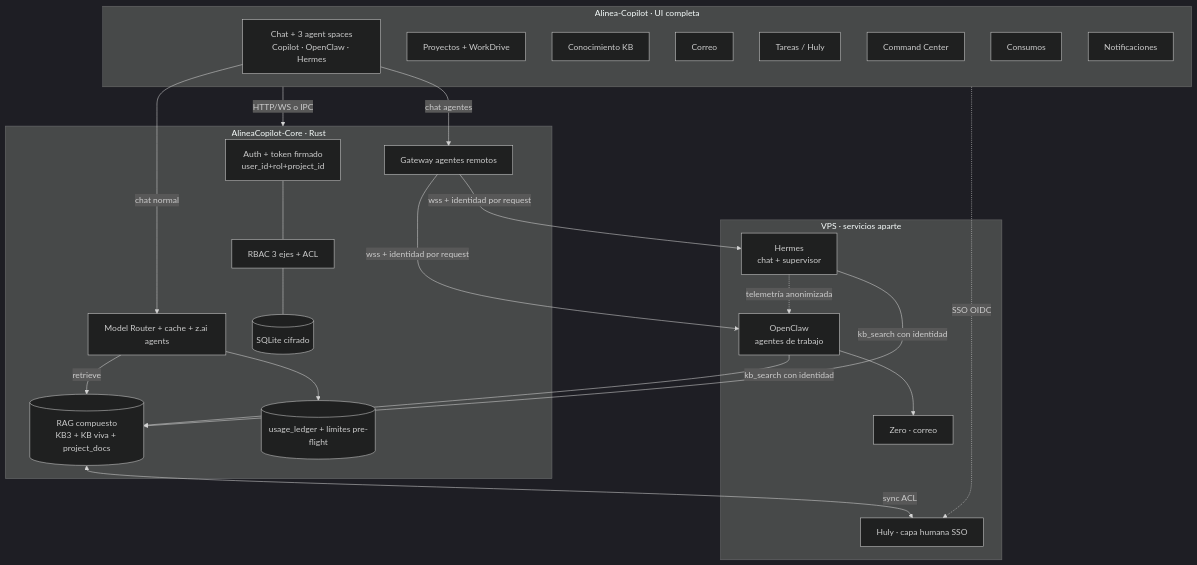
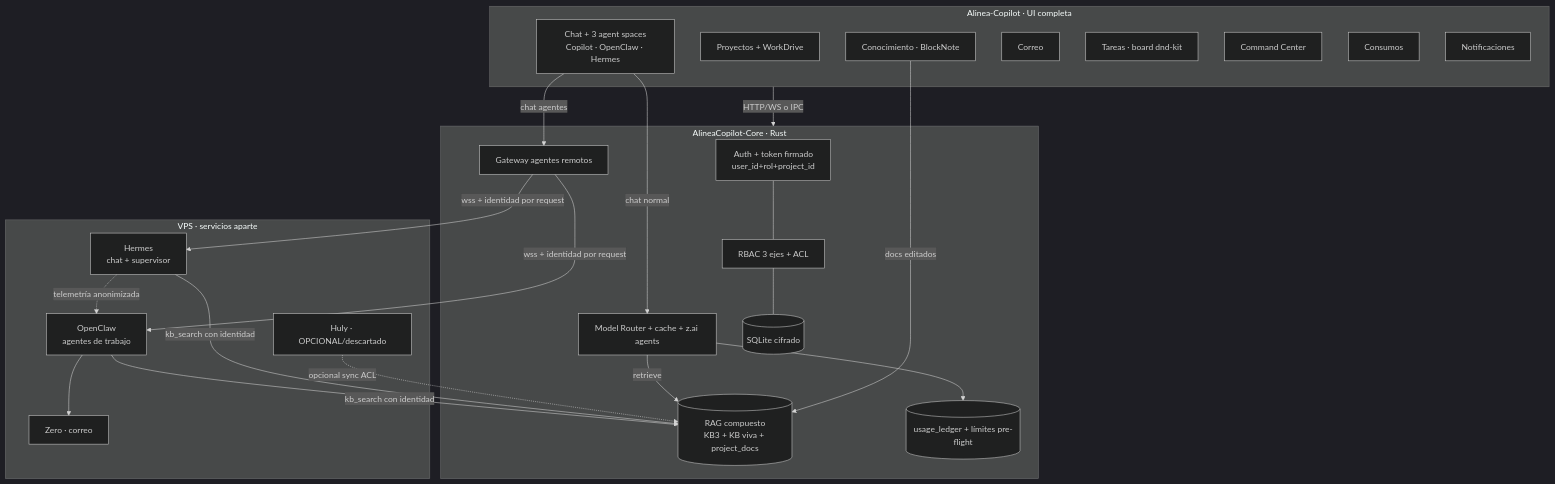
One commit to JoseTabora93/Alinea-Copilot changed the first of 2 diagrams in docs/prds/alinea/fase2/Alinea_FASE2_Blueprint.md. Above: the diagram before and after it, drawn with Mermaid (dark theme). The commit also changed other lines of this file and 1 other file, not shown here.

Commit message:
docs(planning): finalize Fase 2 — native human layer (BlockNote + dnd-kit), Huly optional/discarded; consistent across blueprint+guias

````diff
--- a/docs/prds/alinea/fase2/Alinea_FASE2_Blueprint.md
+++ b/docs/prds/alinea/fase2/Alinea_FASE2_Blueprint.md
@@ -59,45 +61,45 @@
 ```mermaid
 flowchart TB
   subgraph Cliente[Alinea-Copilot · UI completa]
     CHAT[Chat + 3 agent spaces<br/>Copilot · OpenClaw · Hermes]
     PROJ[Proyectos + WorkDrive]
-    KBUI[Conocimiento KB]
+    KBUI[Conocimiento · BlockNote]
     MAILUI[Correo]
-    TASKS[Tareas / Huly]
+    TASKS[Tareas · board dnd-kit]
     CC[Command Center]
     USE[Consumos]
     NOTIF[Notificaciones]
   end
 
   subgraph Core[AlineaCopilot-Core · Rust]
     AUTH[Auth + token firmado<br/>user_id+rol+project_id]
     RBAC[RBAC 3 ejes + ACL]
     RAG[(RAG compuesto<br/>KB3 + KB viva + project_docs)]
     ROUTER[Model Router + cache + z.ai agents]
     LEDGER[(usage_ledger + límites pre-flight)]
     GW[Gateway agentes remotos]
     DB[(SQLite cifrado)]
   end
 
   subgraph VPS[VPS · servicios aparte]
     OC[OpenClaw<br/>agentes de trabajo]
     HER[Hermes<br/>chat + supervisor]
     ZERO[Zero · correo]
-    HULY[Huly · capa humana SSO]
+    HULY[Huly · OPCIONAL/descartado]
   end
 
   Cliente -->|HTTP/WS o IPC| Core
   AUTH --- RBAC --- DB
   ROUTER --> LEDGER
   GW -->|wss + identidad por request| OC
   GW -->|wss + identidad por request| HER
   CHAT -->|chat normal| ROUTER
   CHAT -->|chat agentes| GW
   OC -->|kb_search con identidad| RAG
   HER -->|kb_search con identidad| RAG
   ROUTER -->|retrieve| RAG
   OC --> ZERO
   HER -.telemetría anonimizada.-> OC
-  Cliente -. SSO OIDC .-> HULY
-  RAG <-->|sync ACL| HULY
+  KBUI -->|docs editados| RAG
+  HULY -.opcional sync ACL.-> RAG
 ```
````
